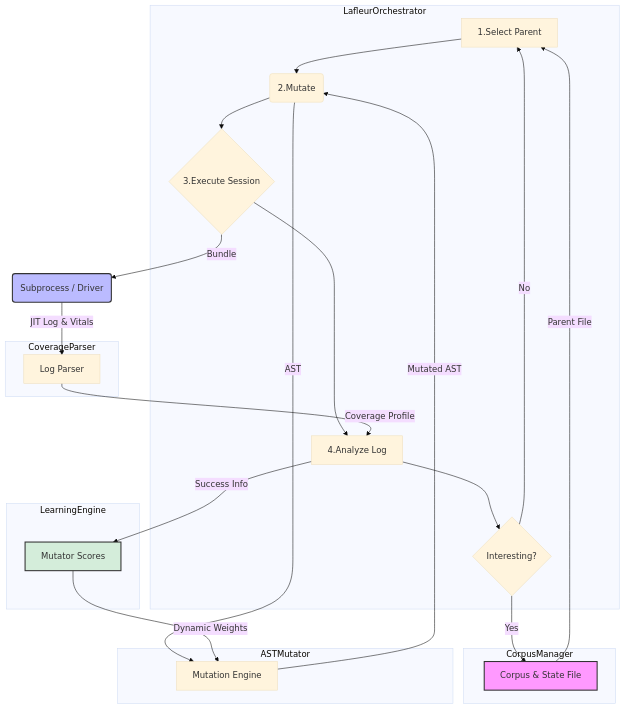
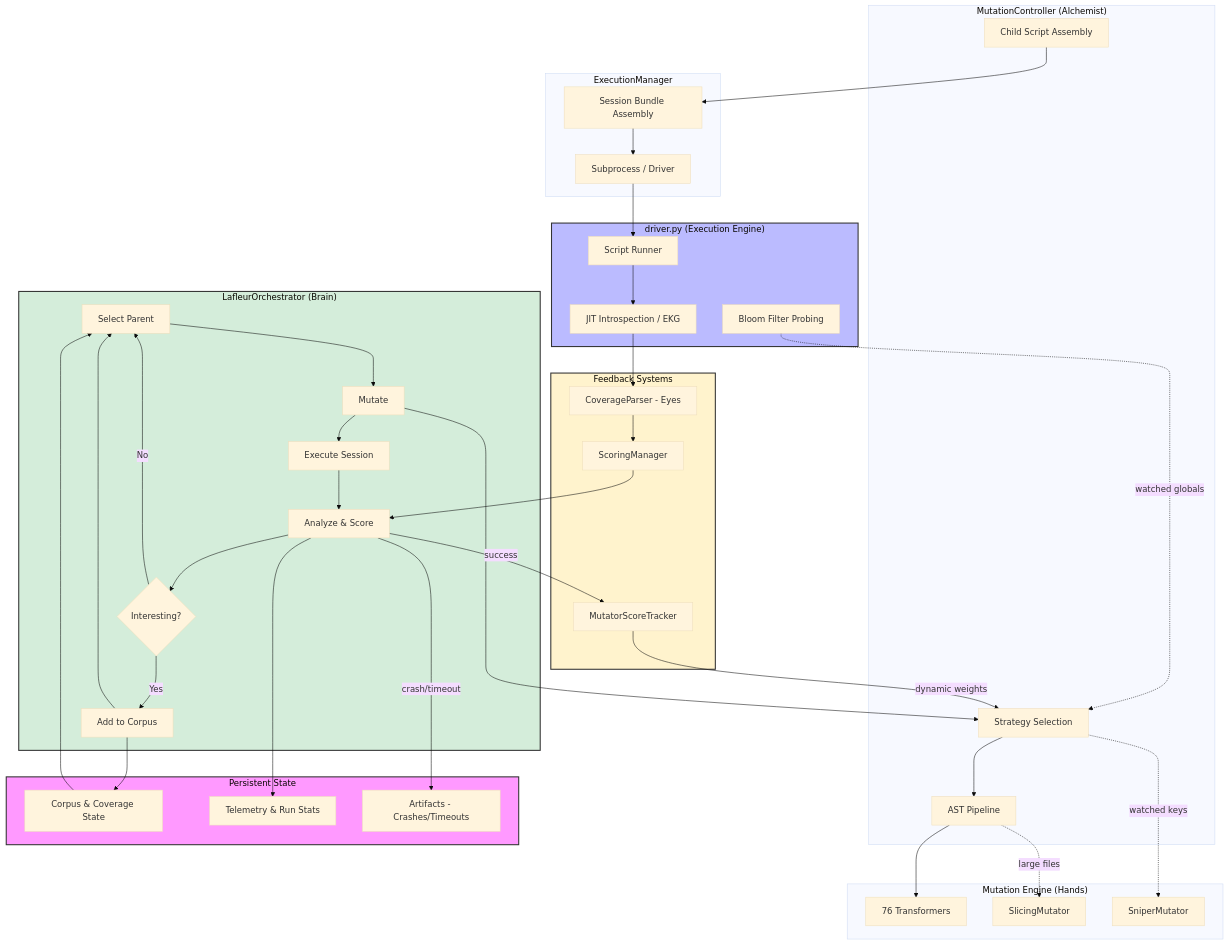
The diagram in doc/dev/01_architecture_overview.md (devdanzin/lafleur), drawn with Mermaid (base theme) before and after one commit. The commit also changed other lines of this file and 14 other files, not shown here.

````diff
--- a/doc/dev/01_architecture_overview.md
+++ b/doc/dev/01_architecture_overview.md
@@ -37,43 +39,72 @@
 ```mermaid
 flowchart TD
-    subgraph LafleurOrchestrator
-        A[1.Select Parent] --> B(2.Mutate);
-        B --> C{3.Execute Session};
-        C --> D[4.Analyze Log];
-        D --> E{Interesting?};
+    subgraph Orchestrator["LafleurOrchestrator (Brain)"]
+        A[Select Parent] --> B[Mutate]
+        B --> C[Execute Session]
+        C --> D[Analyze & Score]
+        D --> E{Interesting?}
+        E -- Yes --> F[Add to Corpus]
+        E -- No --> A
+        F --> A
     end
 
-    subgraph CorpusManager
-        F[Corpus & State File]
+    subgraph MutationController["MutationController (Alchemist)"]
+        MC1[Strategy Selection]
+        MC2[AST Pipeline]
+        MC3[Child Script Assembly]
     end
 
-    subgraph ASTMutator
-        G[Mutation Engine]
+    subgraph Mutators["Mutation Engine (Hands)"]
+        M1[76 Transformers]
+        M2[SlicingMutator]
+        M3[SniperMutator]
     end
 
-    subgraph CoverageParser
-        H[Log Parser]
+    subgraph Execution["ExecutionManager"]
+        EX1[Session Bundle Assembly]
+        EX2[Subprocess / Driver]
     end
 
-    subgraph LearningEngine
-        J[Mutator Scores]
+    subgraph Driver["driver.py (Execution Engine)"]
+        DR1[Script Runner]
+        DR2[JIT Introspection / EKG]
+        DR3[Bloom Filter Probing]
     end
 
-    F -- Parent File --> A;
-    B -- AST --> G;
-    G -- Mutated AST --> B;
-    C -- Bundle --> I(Subprocess / Driver);
-    I -- JIT Log & Vitals --> H;
-    H -- Coverage Profile --> D;
-    
-    E -- Yes --> F;
-    E -- No --> A;
+    subgraph Analysis["Feedback Systems"]
+        CV[CoverageParser - Eyes]
+        SC[ScoringManager]
+        LR[MutatorScoreTracker]
+    end
 
-    D -- Success Info --> J;
-    J -- Dynamic Weights --> G;
+    subgraph State["Persistent State"]
+        CP[Corpus & Coverage State]
+        TM[Telemetry & Run Stats]
+        AR[Artifacts - Crashes/Timeouts]
+    end
 
-    style F fill:#f9f,stroke:#333,stroke-width:2px
-    style I fill:#bbf,stroke:#333,stroke-width:2px
-    style J fill:#d4edda,stroke:#333,stroke-width:2px
+    B --> MC1
+    MC1 --> MC2
+    MC2 --> M1
+    MC2 -.->|large files| M2
+    MC1 -.->|watched keys| M3
+    MC3 --> EX1
+    EX1 --> EX2
+    EX2 --> DR1
+    DR1 --> DR2
+    DR2 --> CV
+    DR3 -.->|watched globals| MC1
+    CV --> SC
+    SC --> D
+    D -->|success| LR
+    LR -->|dynamic weights| MC1
+    CP --> A
+    F --> CP
+    D --> TM
+    D -->|crash/timeout| AR
 
+    style Orchestrator fill:#d4edda,stroke:#333,stroke-width:2px
+    style Driver fill:#bbf,stroke:#333,stroke-width:2px
+    style Analysis fill:#fff3cd,stroke:#333,stroke-width:2px
+    style State fill:#f9f,stroke:#333,stroke-width:2px
 ```
````
